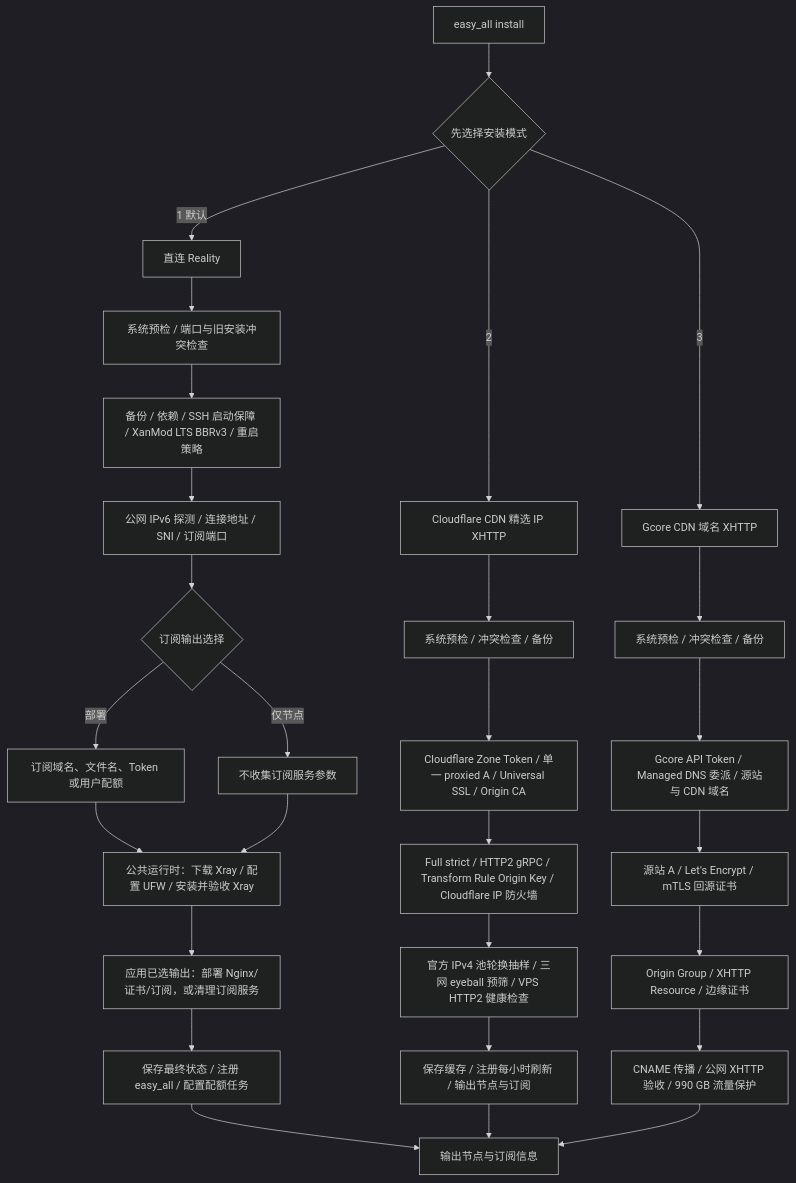
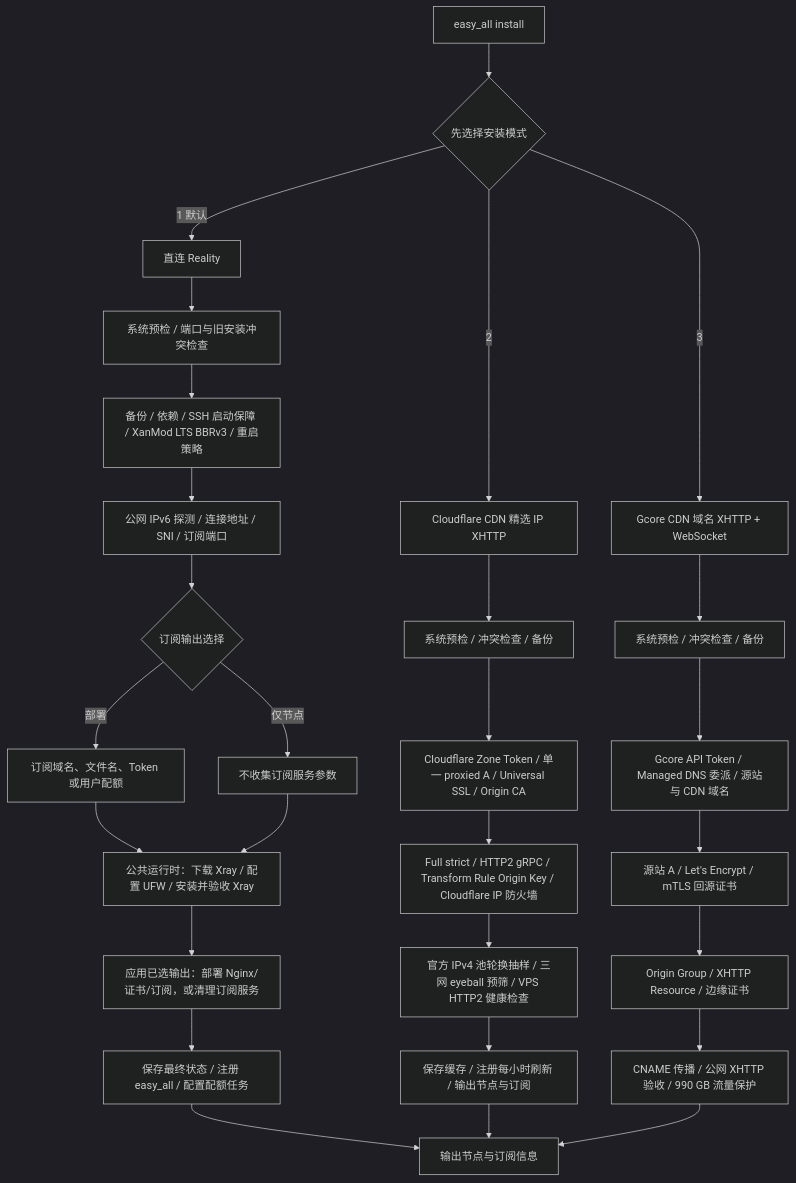
Before and after one commit to v2yiz/easy_all: the diagram in README.md, drawn with Mermaid (dark theme). The commit also changed other lines of this file and 6 other files, not shown here.

````diff
--- a/README.md
+++ b/README.md
@@ -214,34 +214,34 @@
 ```mermaid
 flowchart TD
     A[easy_all install] --> B{先选择安装模式}
 
     B -->|1 默认| R0[直连 Reality]
     R0 --> R1[系统预检 / 端口与旧安装冲突检查]
     R1 --> R2[备份 / 依赖 / SSH 启动保障 / XanMod LTS BBRv3 / 重启策略]
     R2 --> R3[公网 IPv6 探测 / 连接地址 / SNI / 订阅端口]
     R3 --> R4{订阅输出选择}
     R4 -->|部署| R5[订阅域名、文件名、Token 或用户配额]
     R4 -->|仅节点| R6[不收集订阅服务参数]
     R5 --> R7[公共运行时：下载 Xray / 配置 UFW / 安装并验收 Xray]
     R6 --> R7
     R7 --> R8[应用已选输出：部署 Nginx/证书/订阅，或清理订阅服务]
     R8 --> R9[保存最终状态 / 注册 easy_all / 配置配额任务]
     R9 --> Z[输出节点与订阅信息]
 
     B -->|2| C0[Cloudflare CDN 精选 IP XHTTP]
     C0 --> C1[系统预检 / 冲突检查 / 备份]
     C1 --> C2[Cloudflare Zone Token / 单一 proxied A / Universal SSL / Origin CA]
     C2 --> C3[Full strict / HTTP2 gRPC / Transform Rule Origin Key / Cloudflare IP 防火墙]
     C3 --> C4[官方 IPv4 池轮换抽样 / 三网 eyeball 预筛 / VPS HTTP2 健康检查]
     C4 --> C5[保存缓存 / 注册每小时刷新 / 输出节点与订阅]
     C5 --> Z
 
-    B -->|3| G0[Gcore CDN 域名 XHTTP]
+    B -->|3| G0[Gcore CDN 域名 XHTTP + WebSocket]
     G0 --> G1[系统预检 / 冲突检查 / 备份]
     G1 --> G2[Gcore API Token / Managed DNS 委派 / 源站与 CDN 域名]
     G2 --> G3[源站 A / Let's Encrypt / mTLS 回源证书]
     G3 --> G4[Origin Group / XHTTP Resource / 边缘证书]
     G4 --> G5[CNAME 传播 / 公网 XHTTP 验收 / 990 GB 流量保护]
     G5 --> Z
 
 ```
````
